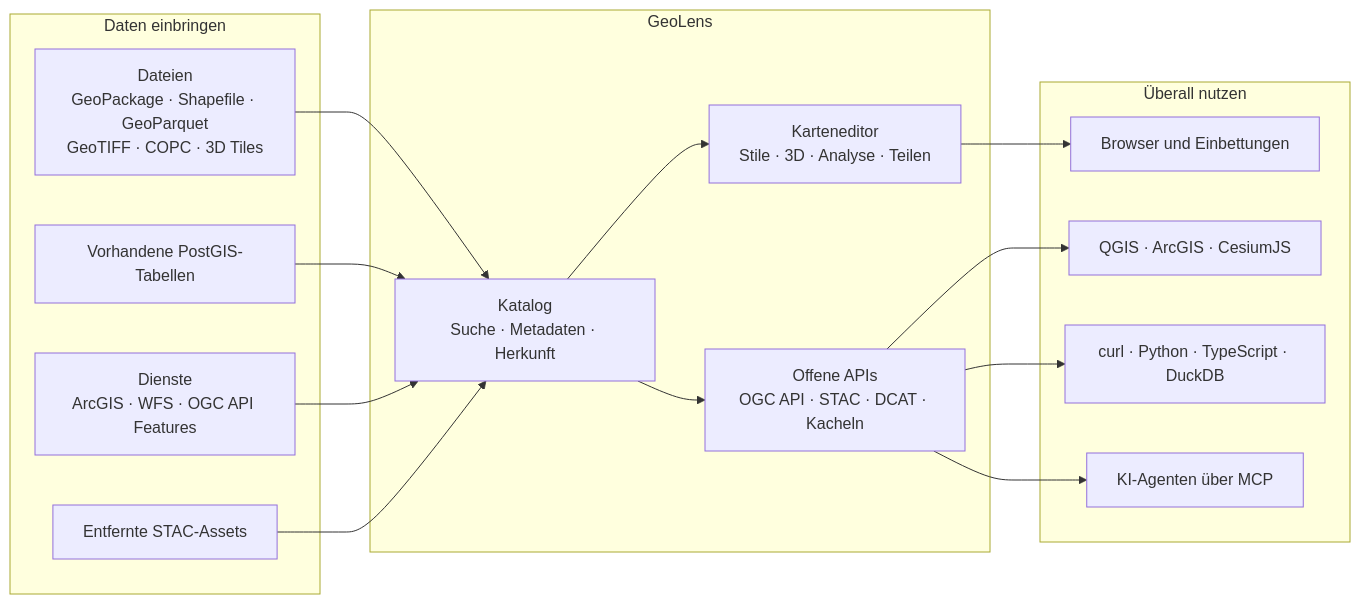
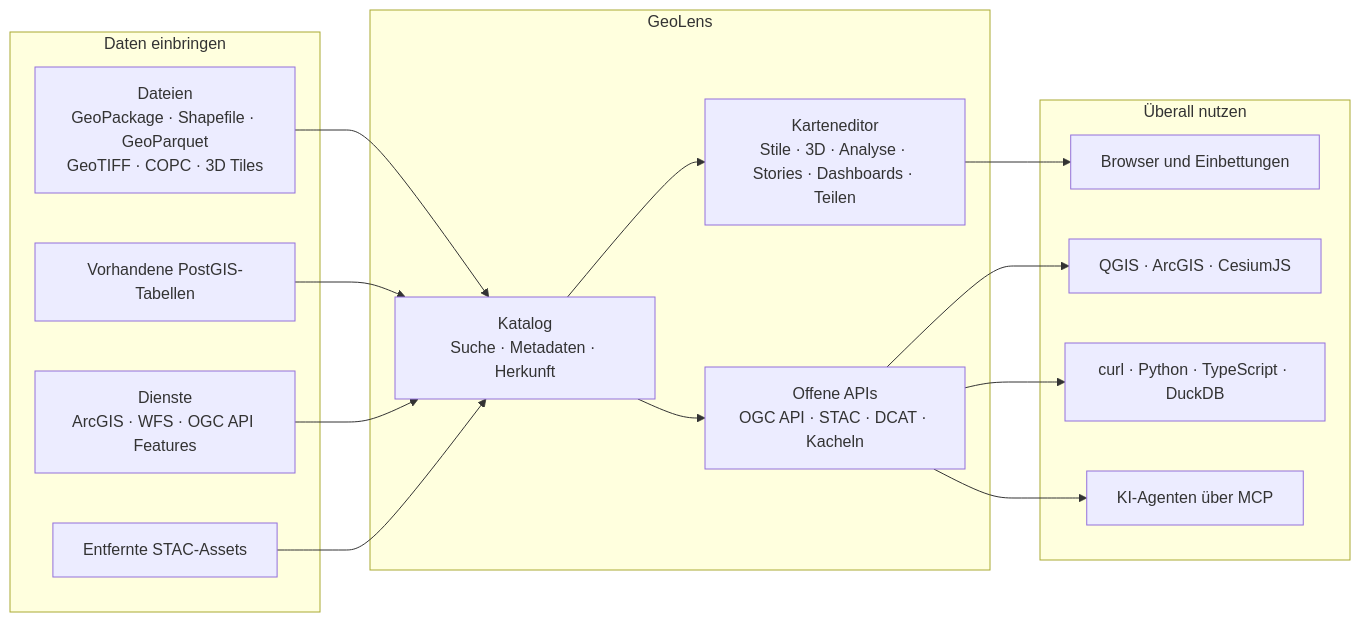
Before and after one commit to geolens-io/geolens: the diagram in README.de.md, drawn with Mermaid. The commit also changed other lines of this file and 10 other files, not shown here.

First line of the commit message:
docs: cover stories, dashboards, Map data and story images in the root docs

````diff
--- a/README.de.md
+++ b/README.de.md
@@ -142,23 +142,23 @@
 ```mermaid
 flowchart LR
     subgraph IN ["Daten einbringen"]
       F["Dateien<br/>GeoPackage · Shapefile · GeoParquet<br/>GeoTIFF · COPC · 3D Tiles"]
       DB["Vorhandene PostGIS-Tabellen"]
       SVC["Dienste<br/>ArcGIS · WFS · OGC API Features"]
       ST["Entfernte STAC-Assets"]
     end
     subgraph GL ["GeoLens"]
       CAT["Katalog<br/>Suche · Metadaten · Herkunft"]
-      MB["Karteneditor<br/>Stile · 3D · Analyse · Teilen"]
+      MB["Karteneditor<br/>Stile · 3D · Analyse · Stories · Dashboards · Teilen"]
       STD["Offene APIs<br/>OGC API · STAC · DCAT · Kacheln"]
     end
     subgraph OUT ["Überall nutzen"]
       WEB["Browser und Einbettungen"]
       GIS["QGIS · ArcGIS · CesiumJS"]
       CODE["curl · Python · TypeScript · DuckDB"]
       AG["KI-Agenten über MCP"]
     end
     F & DB & SVC & ST --> CAT
     CAT --> MB --> WEB
     CAT --> STD --> GIS & CODE & AG
 ```
````
